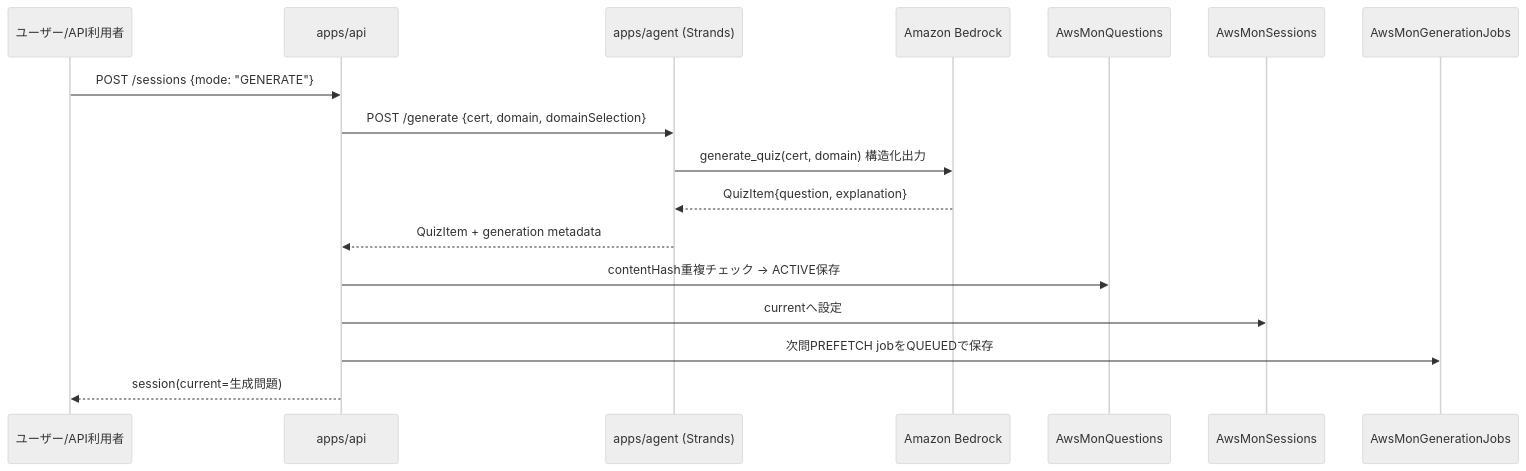
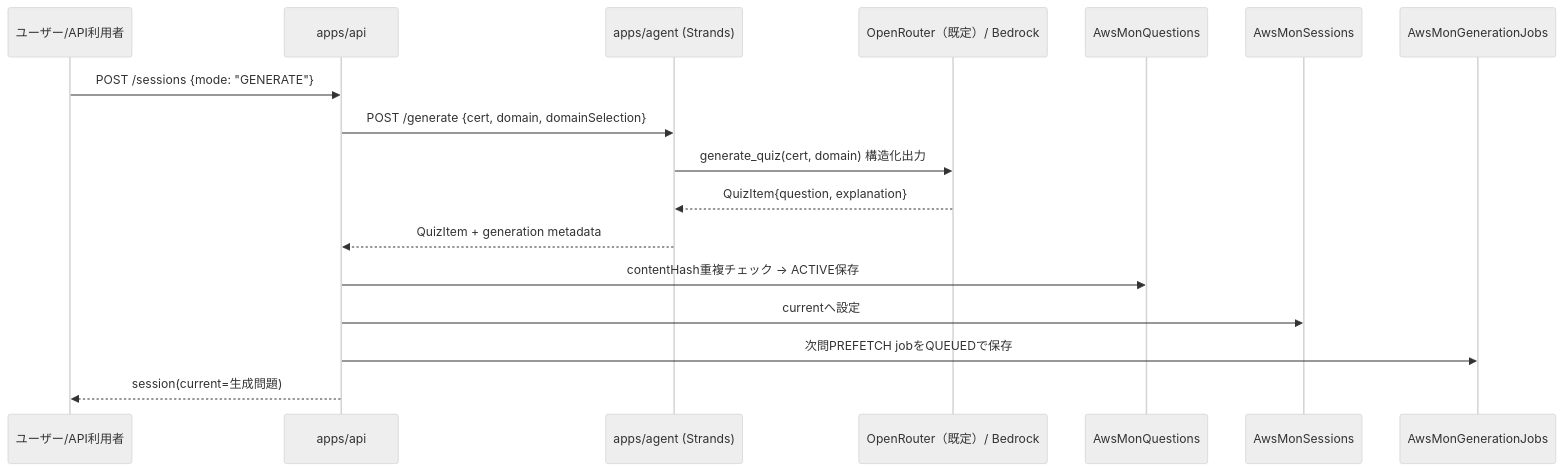
One commit to yuyumama/AWS-MON changed the third of 4 diagrams in docs/architecture.md. Above: the diagram before and after it, drawn with Mermaid (neutral theme). The commit also changed other lines of this file and 12 other files, not shown here.

````diff
--- a/docs/architecture.md
+++ b/docs/architecture.md
@@ -124,20 +124,20 @@
 ```mermaid
 sequenceDiagram
     participant U as ユーザー/API利用者
     participant API as apps/api
     participant Agent as apps/agent (Strands)
-    participant Bedrock as Amazon Bedrock
+    participant LLM as OpenRouter（既定）/ Bedrock
     participant Q as AwsMonQuestions
     participant S as AwsMonSessions
     participant J as AwsMonGenerationJobs
 
     U->>API: POST /sessions {mode: "GENERATE"}
     API->>Agent: POST /generate {cert, domain, domainSelection}
-    Agent->>Bedrock: generate_quiz(cert, domain) 構造化出力
-    Bedrock-->>Agent: QuizItem{question, explanation}
+    Agent->>LLM: generate_quiz(cert, domain) 構造化出力
+    LLM-->>Agent: QuizItem{question, explanation}
     Agent-->>API: QuizItem + generation metadata
     API->>Q: contentHash重複チェック → ACTIVE保存
     API->>S: currentへ設定
     API->>J: 次問PREFETCH jobをQUEUEDで保存
     API-->>U: session(current=生成問題)
 ```
````
